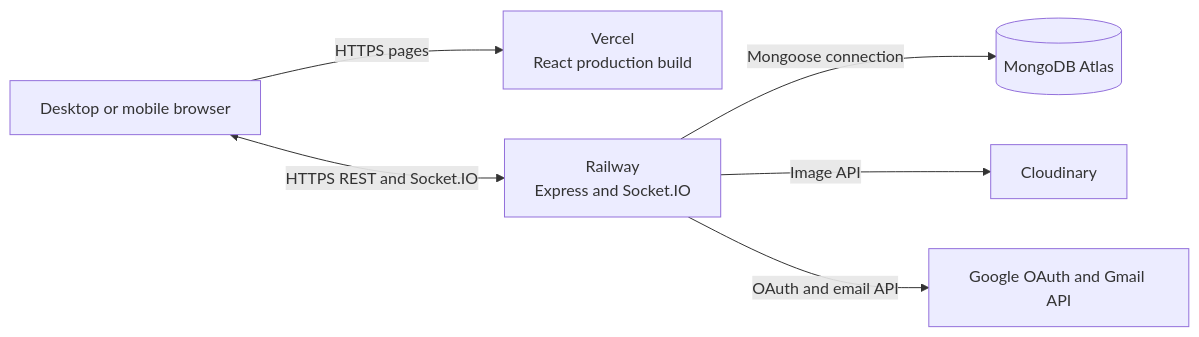
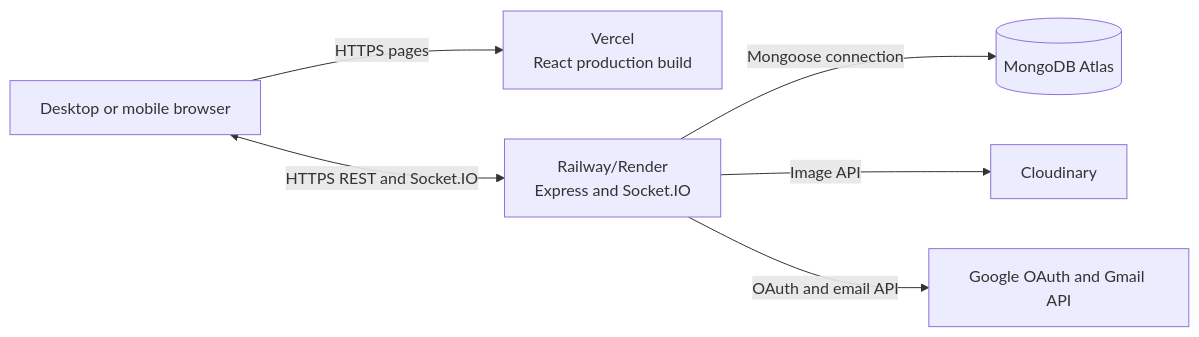
The ninth of 24 diagrams in docs/10-diagram-catalog.md (Saurav11343/click-chat), drawn with Mermaid before and after one commit. The commit also changed 8 other files, not shown here.

````diff
--- a/docs/10-diagram-catalog.md
+++ b/docs/10-diagram-catalog.md
@@ -255,15 +255,15 @@
 ```mermaid
 flowchart LR
     Browser["Desktop or mobile browser"]
     Vercel["Vercel\nReact production build"]
-    Railway["Railway\nExpress and Socket.IO"]
+    Backend["Railway/Render\nExpress and Socket.IO"]
     Atlas[("MongoDB Atlas")]
     Cloudinary["Cloudinary"]
     Google["Google OAuth and Gmail API"]
 
     Browser -->|"HTTPS pages"| Vercel
-    Browser <-->|"HTTPS REST and Socket.IO"| Railway
-    Railway -->|"Mongoose connection"| Atlas
-    Railway -->|"Image API"| Cloudinary
-    Railway -->|"OAuth and email API"| Google
+    Browser <-->|"HTTPS REST and Socket.IO"| Backend
+    Backend -->|"Mongoose connection"| Atlas
+    Backend -->|"Image API"| Cloudinary
+    Backend -->|"OAuth and email API"| Google
 ```
````
